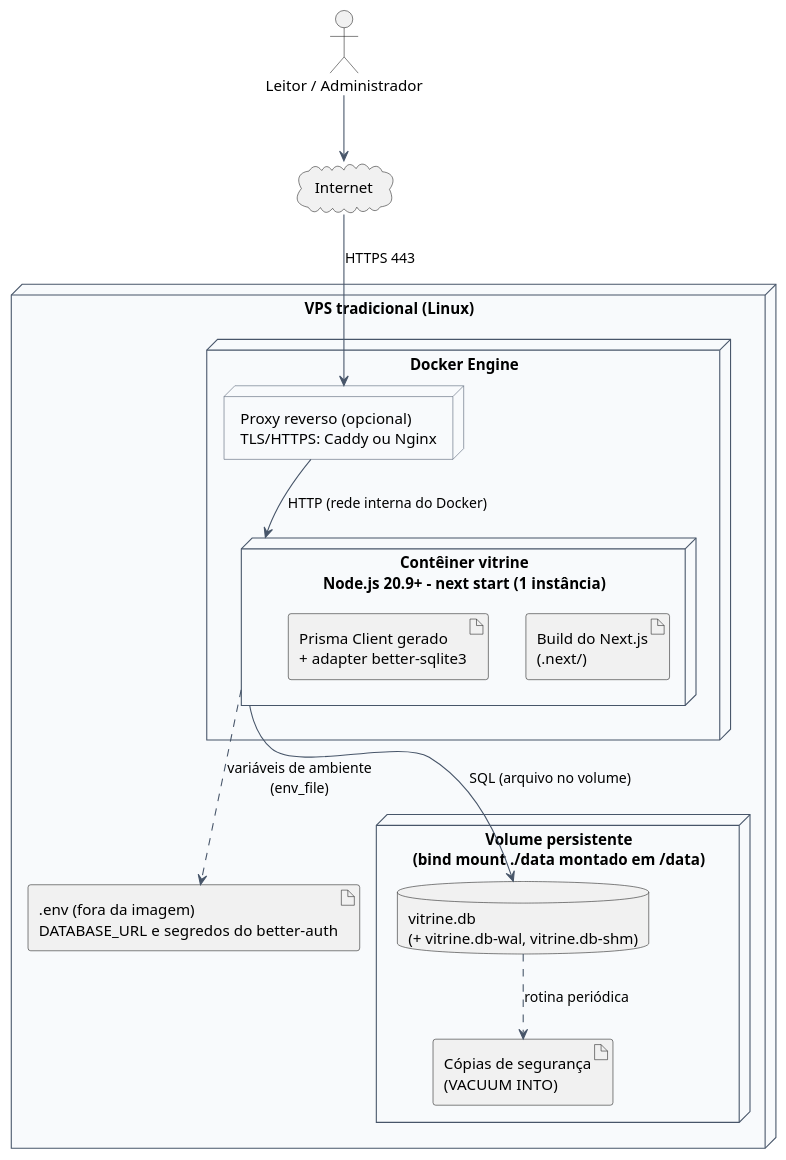
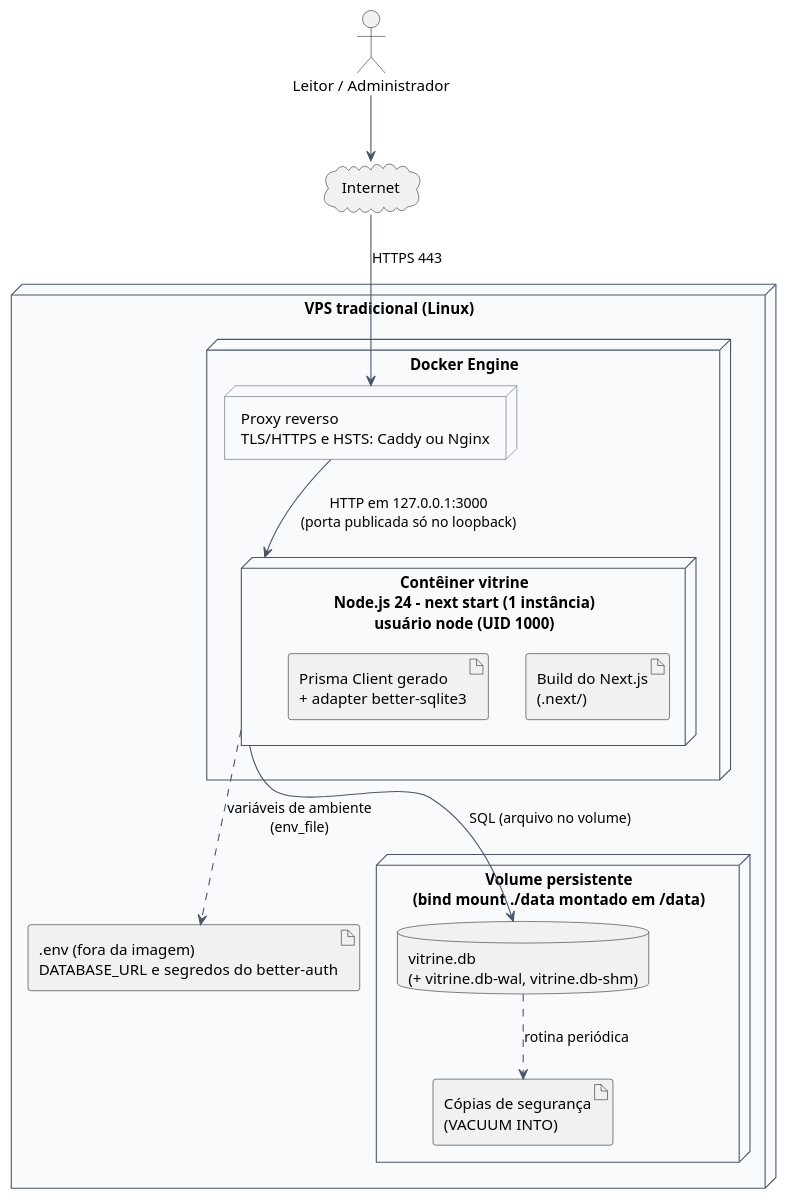
Before and after one commit to fromcaio/vitrine: the diagram in doc/diagrams/src/impl-implantacao.puml, drawn with PlantUML. The commit also changed 12 other files, not shown here.

First line of the commit message:
docs: merge M-008, documenta CSP e métricas do Docker

```diff
--- a/doc/diagrams/src/impl-implantacao.puml
+++ b/doc/diagrams/src/impl-implantacao.puml
@@ -1,40 +1,42 @@
 @startuml impl-implantacao
 ' ===========================================================================
 ' Vitrine - Diagrama de implantação: contêiner Docker em VPS tradicional
 ' Figura: fig:impl-implantacao (doc/tex/capitulos/cap5_arquitetura.tex, Apêndice D)
 ' Decisão D-04 (Engenheiro Chefe, 2026-09-30): imagem Docker em VPS tradicional com
 ' volume persistente para o SQLite (ADR-011). Plataformas serverless não são alvo.
+' Atualizado após o merge M-008 (M13): Node.js 24, usuário node, porta publicada só em
+' 127.0.0.1 e HSTS no proxy (a aplicação envia a CSP e os demais cabeçalhos: ADR-022).
 ' ===========================================================================
 skinparam shadowing false
 skinparam defaultFontName Arial
 skinparam ArrowColor #475569
 skinparam node {
   BackgroundColor #F8FAFC
   BorderColor #475569
 }
 
 actor "Leitor / Administrador" as User
 cloud "Internet" as Net
 
 node "VPS tradicional (Linux)" as Vps {
   node "Docker Engine" as Docker {
-    node "Proxy reverso (opcional)\nTLS/HTTPS: Caddy ou Nginx" as Rp
-    node "Contêiner vitrine\nNode.js 20.9+ - next start (1 instância)" as App {
+    node "Proxy reverso\nTLS/HTTPS e HSTS: Caddy ou Nginx" as Rp
+    node "Contêiner vitrine\nNode.js 24 - next start (1 instância)\nusuário node (UID 1000)" as App {
       artifact "Build do Next.js\n(.next/)" as Build
       artifact "Prisma Client gerado\n+ adapter better-sqlite3" as Client
     }
   }
   node "Volume persistente\n(bind mount ./data montado em /data)" as Vol {
     database "vitrine.db\n(+ vitrine.db-wal, vitrine.db-shm)" as Db
     artifact "Cópias de segurança\n(VACUUM INTO)" as Bkp
   }
   artifact ".env (fora da imagem)\nDATABASE_URL e segredos do better-auth" as Env
 }
 
 User --> Net
 Net --> Rp : HTTPS 443
-Rp --> App : HTTP (rede interna do Docker)
+Rp --> App : HTTP em 127.0.0.1:3000\n(porta publicada só no loopback)
 App --> Db : SQL (arquivo no volume)
 App ..> Env : variáveis de ambiente\n(env_file)
 Db ..> Bkp : rotina periódica
 @enduml
```
